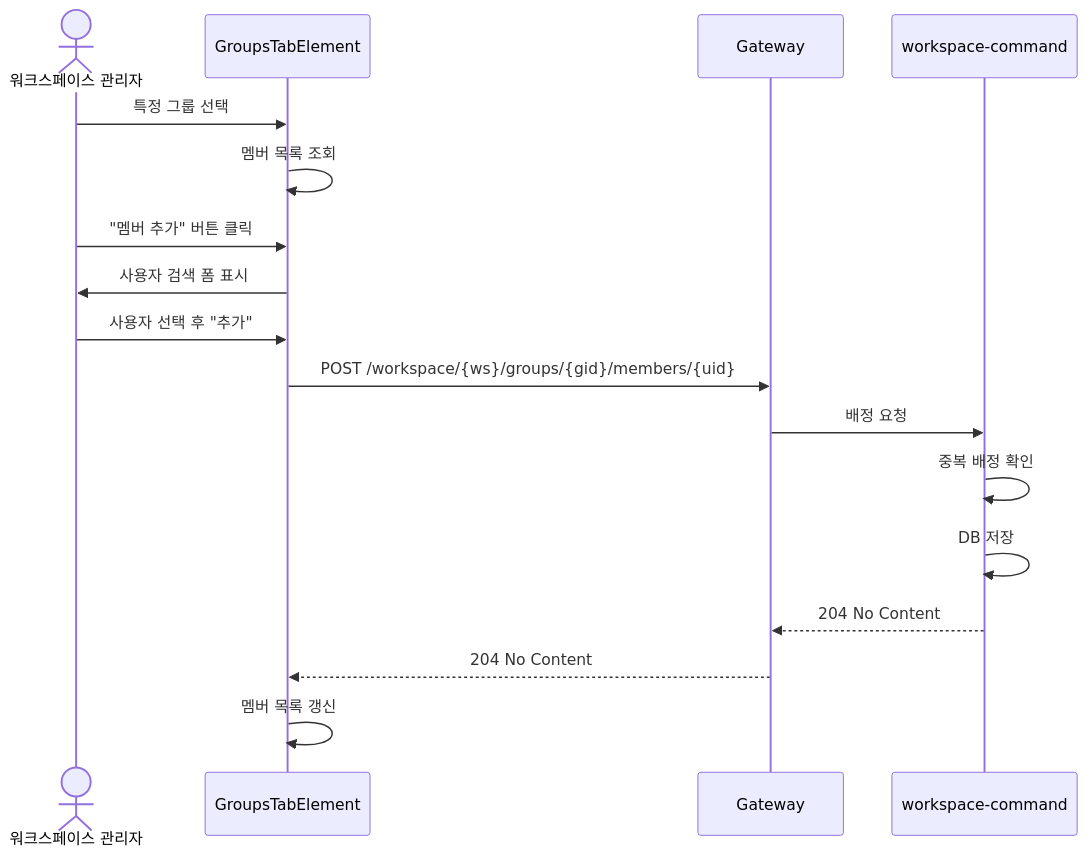
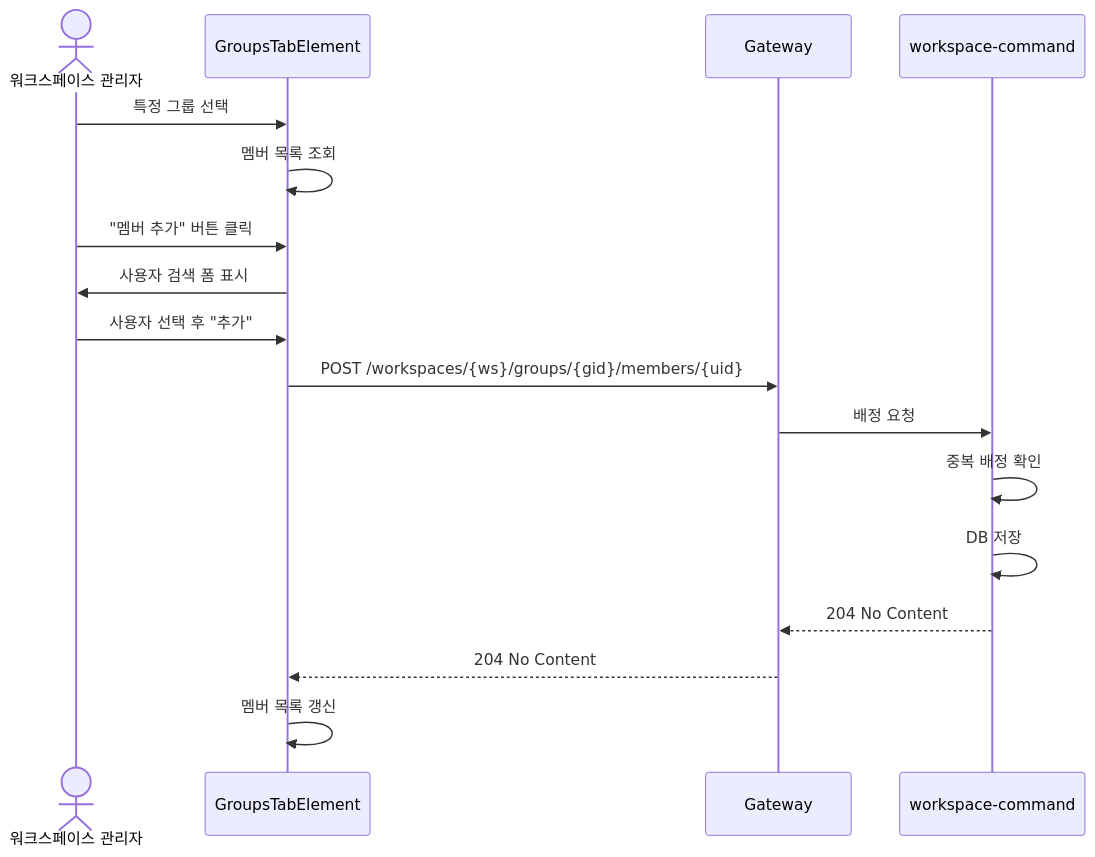
One commit to sayaya1090/handbook changed the eighth of 28 diagrams in docs/usecases.md. Above: the diagram before and after it, drawn with Mermaid. The commit also changed other lines of this file and 58 other files, not shown here.

````diff
--- a/docs/usecases.md
+++ b/docs/usecases.md
@@ -605,20 +605,20 @@
 ```mermaid
 sequenceDiagram
     actor Admin as 워크스페이스 관리자
     participant UI as GroupsTabElement
     participant GW as Gateway
     participant API as workspace-command
 
     Admin->>UI: 특정 그룹 선택
     UI->>UI: 멤버 목록 조회
     Admin->>UI: "멤버 추가" 버튼 클릭
     UI->>Admin: 사용자 검색 폼 표시
     Admin->>UI: 사용자 선택 후 "추가"
-    UI->>GW: POST /workspace/{ws}/groups/{gid}/members/{uid}
+    UI->>GW: POST /workspaces/{ws}/groups/{gid}/members/{uid}
     GW->>API: 배정 요청
     API->>API: 중복 배정 확인
     API->>API: DB 저장
     API-->>GW: 204 No Content
     GW-->>UI: 204 No Content
     UI->>UI: 멤버 목록 갱신
 ```
````
